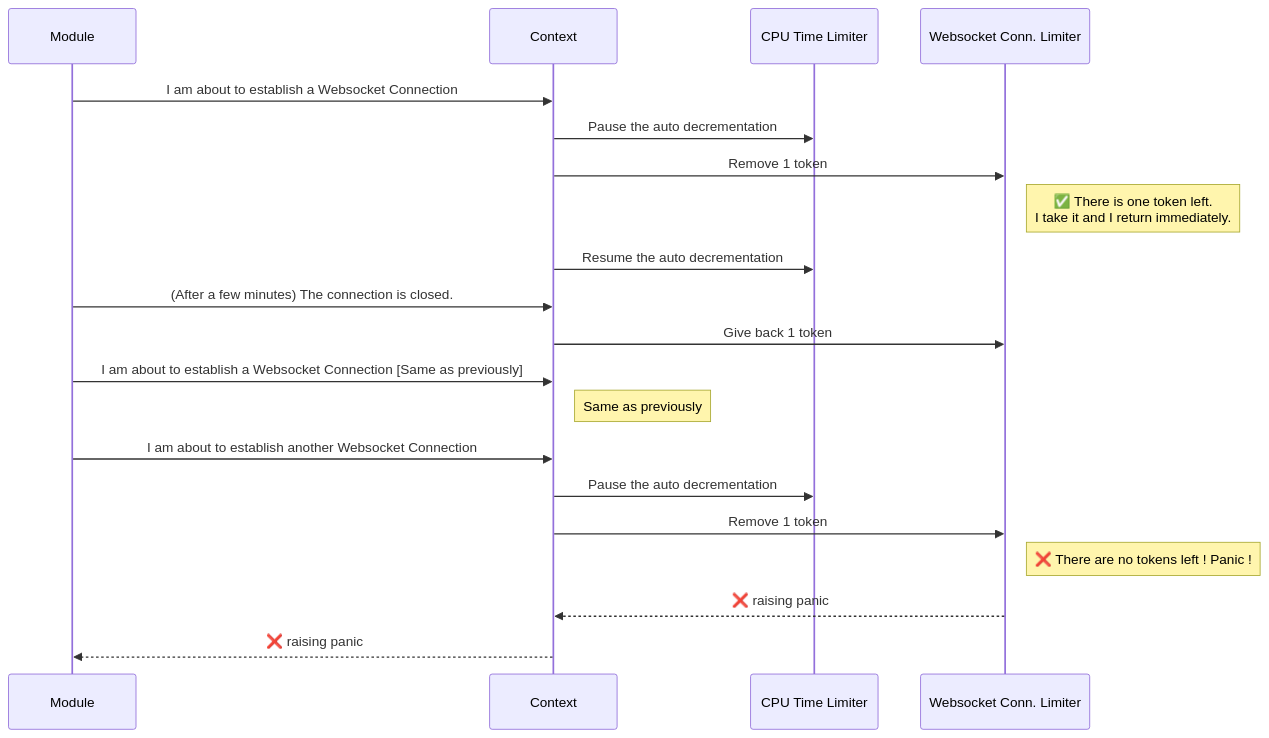
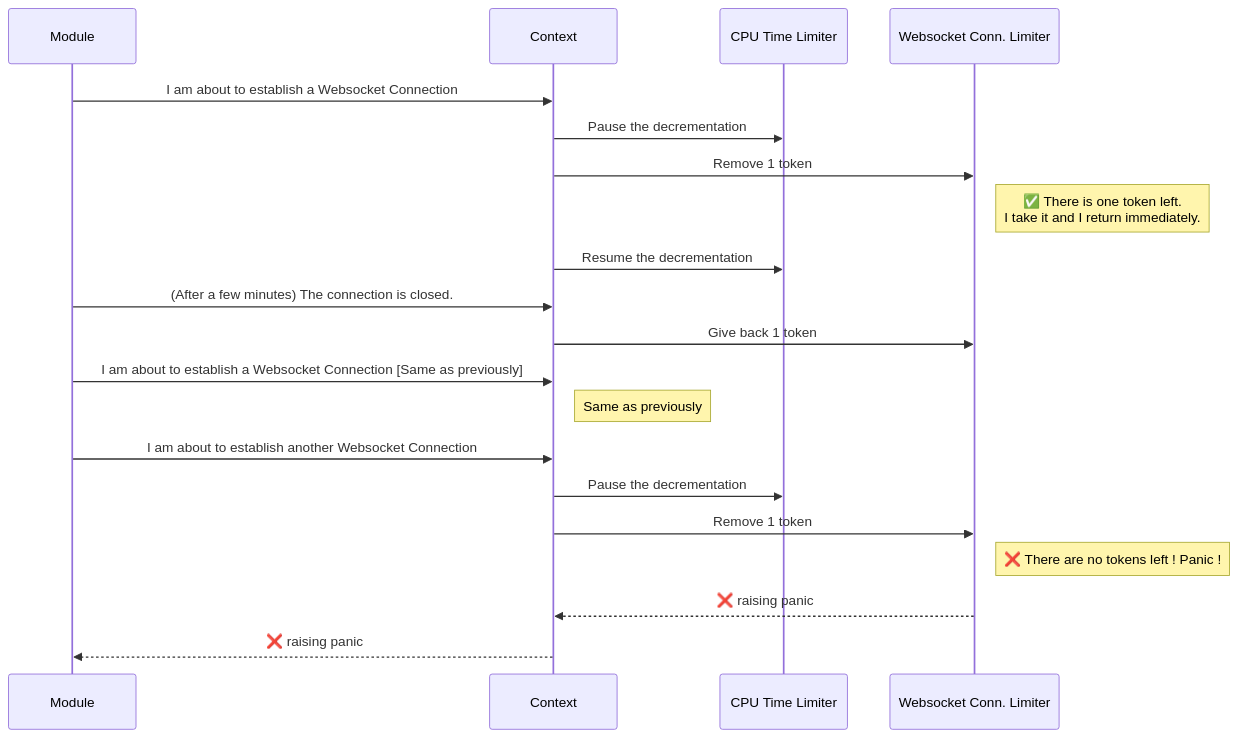
Before and after one commit to inoxlang/inox: the fifth of 6 diagrams in README.md, drawn with Mermaid. The commit also changed other lines of this file, not shown here.

````diff
--- a/README.md
+++ b/README.md
@@ -688,21 +696,21 @@
 ```mermaid
 sequenceDiagram
     Module->>Context: I am about to establish a Websocket Connection
-    Context->>CPU Time Limiter: Pause the auto decrementation
+    Context->>CPU Time Limiter: Pause the decrementation
     Context->>Websocket Conn. Limiter: Remove 1 token
     Note right of Websocket Conn. Limiter: ✅ There is one token left.<br/>I take it and I return immediately.
-    Context->>CPU Time Limiter: Resume the auto decrementation
+    Context->>CPU Time Limiter: Resume the decrementation
 
     Module->>Context: (After a few minutes) The connection is closed.
     Context->>Websocket Conn. Limiter: Give back 1 token
   
     Module->>Context: I am about to establish a Websocket Connection [Same as previously]
     Note right of Context: Same as previously
     Module->>Context: I am about to establish another Websocket Connection
 
-    Context->>CPU Time Limiter: Pause the auto decrementation
+    Context->>CPU Time Limiter: Pause the decrementation
     Context->>Websocket Conn. Limiter: Remove 1 token
     Note right of Websocket Conn. Limiter: ❌ There are no tokens left ! Panic !
     Websocket Conn. Limiter-->>Context: ❌ raising panic
     Context-->>Module: ❌ raising panic
 ```
````
